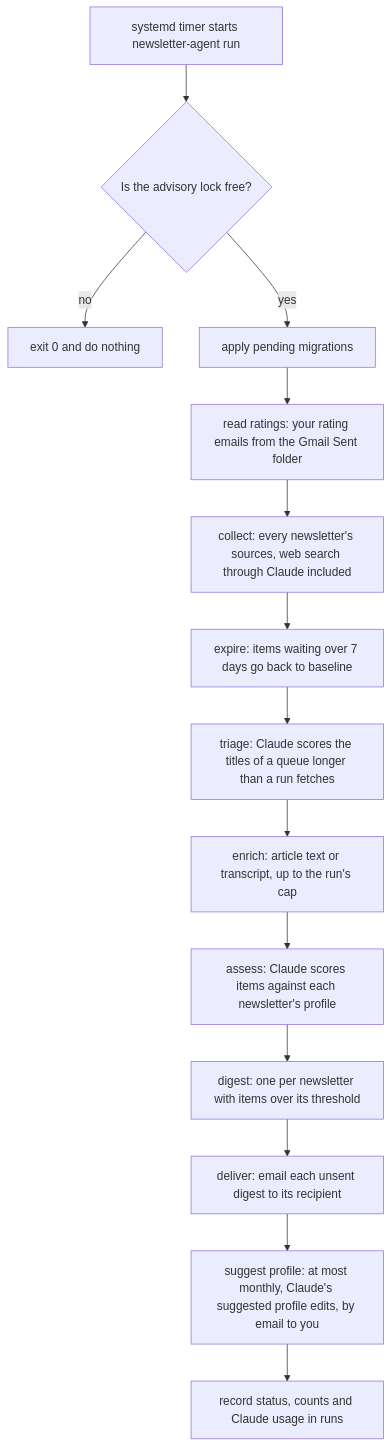
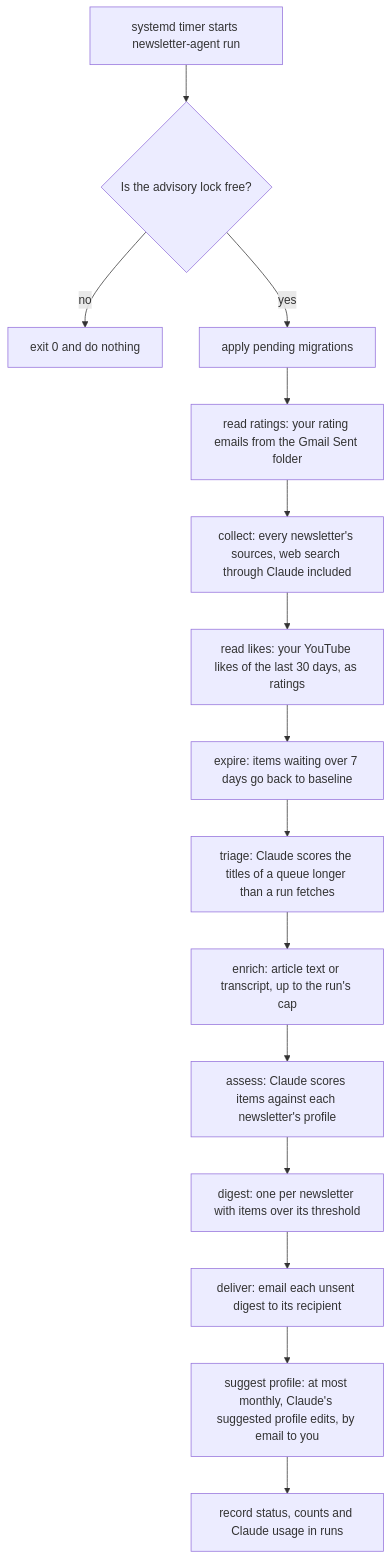
Before and after one commit to bezmoradi/newsletter-agent: the first of 6 diagrams in ARCHITECTURE.md, drawn with Mermaid. The commit also changed other lines of this file and 23 other files, not shown here.

````diff
--- a/ARCHITECTURE.md
+++ b/ARCHITECTURE.md
@@ -188,16 +192,17 @@
 ```mermaid
 flowchart TD
   start["systemd timer starts newsletter-agent run"] --> lock{"Is the advisory lock free?"}
   lock -->|"no"| idle["exit 0 and do nothing"]
   lock -->|"yes"| migrate["apply pending migrations"]
   migrate --> ratings["read ratings: your rating emails from the Gmail Sent folder"]
   ratings --> collect["collect: every newsletter's sources, web search through Claude included"]
-  collect --> expire["expire: items waiting over 7 days go back to baseline"]
+  collect --> likes["read likes: your YouTube likes of the last 30 days, as ratings"]
+  likes --> expire["expire: items waiting over 7 days go back to baseline"]
   expire --> triage["triage: Claude scores the titles of a queue longer than a run fetches"]
   triage --> enrich["enrich: article text or transcript, up to the run's cap"]
   enrich --> assess["assess: Claude scores items against each newsletter's profile"]
   assess --> digest["digest: one per newsletter with items over its threshold"]
   digest --> deliver["deliver: email each unsent digest to its recipient"]
   deliver --> suggest["suggest profile: at most monthly, Claude's suggested profile edits, by email to you"]
   suggest --> record["record status, counts and Claude usage in runs"]
 ```
````
